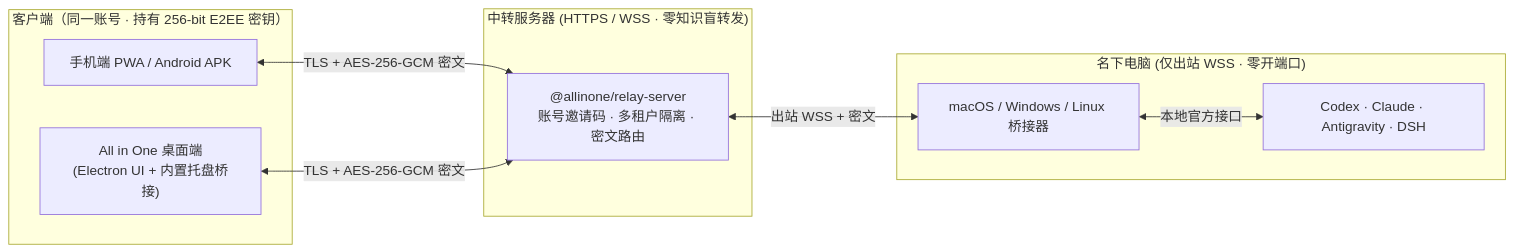
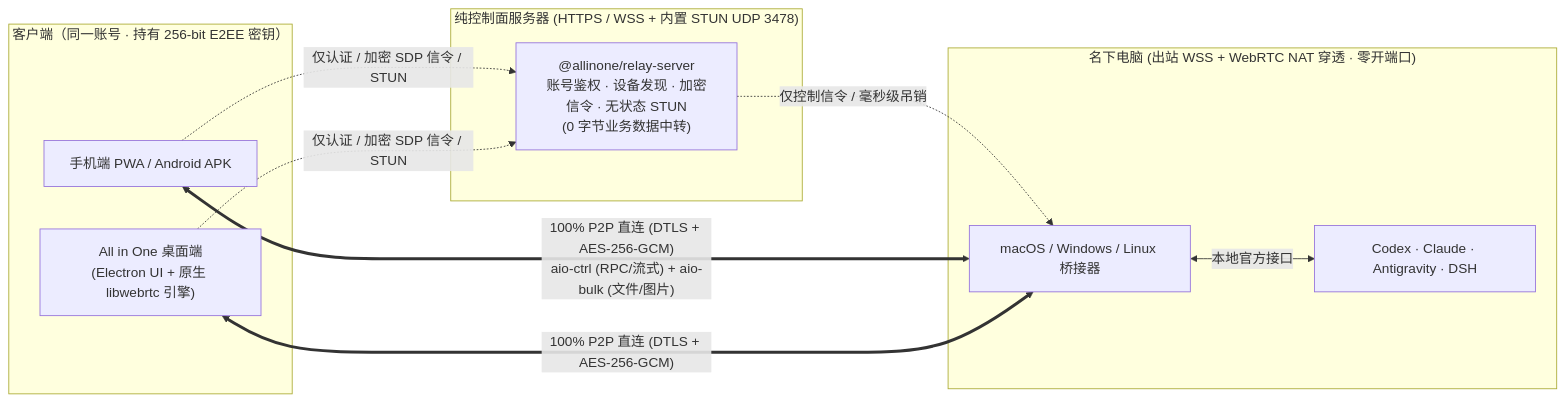
The diagram in README.md (RainbowLion0320/AllinOne), drawn with Mermaid before and after one commit. The commit also changed other lines of this file and 53 other files, not shown here.

Commit message:
feat(v1.0.0)!: pure control-plane + 100% direct WebRTC P2P data plane (AIO-P2P v1)

````diff
--- a/README.md
+++ b/README.md
@@ -179,21 +179,23 @@
 ```mermaid
 flowchart LR
   subgraph Clients["客户端（同一账号 · 持有 256-bit E2EE 密钥）"]
     M["手机端 PWA / Android APK"]
-    D["All in One 桌面端<br/>(Electron UI + 内置托盘桥接)"]
+    D["All in One 桌面端<br/>(Electron UI + 原生 libwebrtc 引擎)"]
   end
 
-  subgraph Server["中转服务器 (HTTPS / WSS · 零知识盲转发)"]
-    R["@allinone/relay-server<br/>账号邀请码 · 多租户隔离 · 密文路由"]
+  subgraph Control["纯控制面服务器 (HTTPS / WSS + 内置 STUN UDP 3478)"]
+    R["@allinone/relay-server<br/>账号鉴权 · 设备发现 · 加密信令 · 无状态 STUN<br/>(0 字节业务数据中转)"]
   end
 
-  subgraph PCs["名下电脑 (仅出站 WSS · 零开端口)"]
+  subgraph PCs["名下电脑 (出站 WSS + WebRTC NAT 穿透 · 零开端口)"]
     B1["macOS / Windows / Linux 桥接器"]
     A1["Codex · Claude · Antigravity · DSH"]
     B1 <-->|"本地官方接口"| A1
   end
 
-  M <-->|"TLS + AES-256-GCM 密文"| R
-  D <-->|"TLS + AES-256-GCM 密文"| R
-  R <-->|"出站 WSS + 密文"| B1
+  M -.->|"仅认证 / 加密 SDP 信令 / STUN"| R
+  D -.->|"仅认证 / 加密 SDP 信令 / STUN"| R
+  R -.->|"仅控制信令 / 毫秒级吊销"| B1
+  M <==>|"100% P2P 直连 (DTLS + AES-256-GCM)<br/>aio-ctrl (RPC/流式) + aio-bulk (文件/图片)"| B1
+  D <==>|"100% P2P 直连 (DTLS + AES-256-GCM)"| B1
 ```
````
